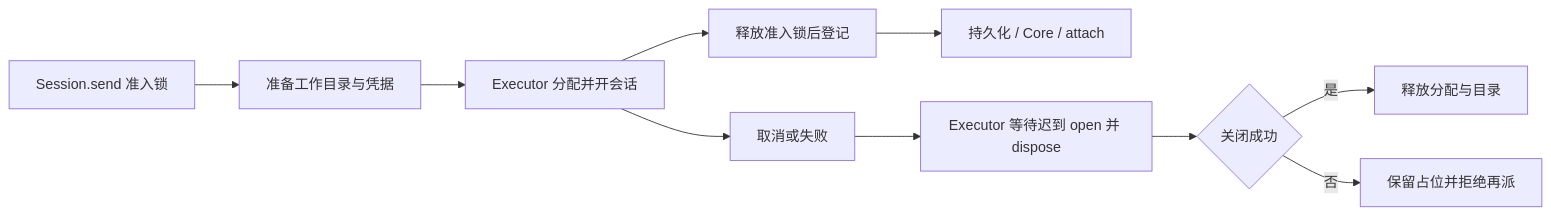
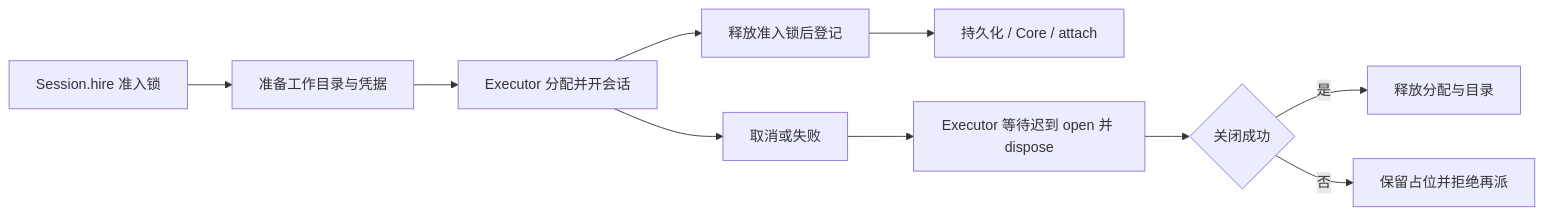
Before and after one commit to vibevalleyhq/vibevalley: the second of 3 diagrams in .agents/notes/proposed/testing/2026-11-08-testable-module-boundaries.md, drawn with Mermaid. The commit also changed 29 other files, not shown here.

````diff
--- a/.agents/notes/proposed/testing/2026-11-08-testable-module-boundaries.md
+++ b/.agents/notes/proposed/testing/2026-11-08-testable-module-boundaries.md
@@ -365,12 +365,12 @@
 ```mermaid
 flowchart LR
-  A[Session.send 准入锁] --> B[准备工作目录与凭据]
+  A[Session.hire 准入锁] --> B[准备工作目录与凭据]
   B --> C[Executor 分配并开会话]
   C --> D[释放准入锁后登记]
   D --> E[持久化 / Core / attach]
   C --> F[取消或失败]
   F --> G[Executor 等待迟到 open 并 dispose]
   G --> H{关闭成功}
   H -->|是| I[释放分配与目录]
   H -->|否| J[保留占位并拒绝再派]
 ```
````
